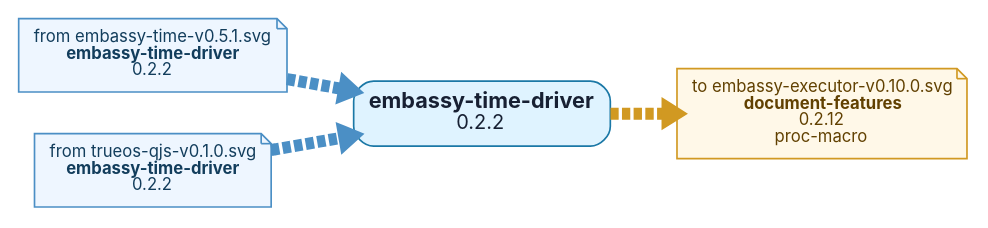
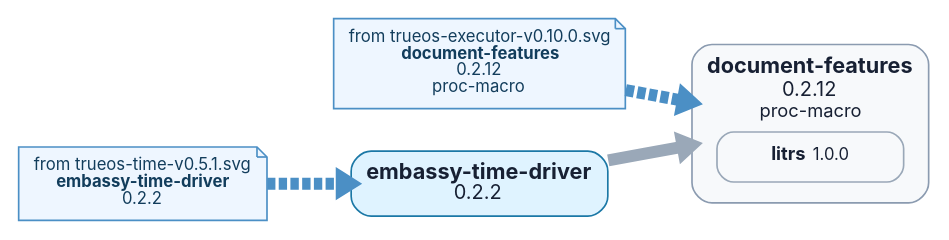
One commit to t4ce/TRUEOS changed the diagram in tools/docs/depgraph/by-root/embassy-time-driver-v0.2.2.dot. Above: the diagram before and after it, drawn with Graphviz. The commit also changed 214 other files, not shown here.

```diff
--- a/tools/docs/depgraph/by-root/embassy-time-driver-v0.2.2.dot
+++ b/tools/docs/depgraph/by-root/embassy-time-driver-v0.2.2.dot
@@ -1,15 +1,17 @@
 digraph "embassy-time-driver-v0.2.2" {
   graph [rankdir=LR, bgcolor="white", overlap=false, splines=true, nodesep=0.35, ranksep=0.55];
   node [shape=box, style="rounded,filled", fontname="Inter,Arial", fontsize=10, margin="0.13,0.10", color="#8b9bb0", fillcolor="#f7f9fb", fontcolor="#172033"];
   edge [color="#9aa8b8", arrowsize=0.55, penwidth=7.2];
   n0 [label=<<FONT POINT-SIZE="13"><B>embassy-time-driver</B></FONT><BR/><FONT POINT-SIZE="12">0.2.2</FONT>>, fillcolor="#dff3ff", color="#1b78a6"];
-  out0 [label=<to embassy-executor-v0.10.0.svg<BR/><B>document-features</B><BR/>0.2.12<BR/>proc-macro>, shape=note, style="filled", fillcolor="#fff8e8", color="#d19922", fontcolor="#614000"];
-  n0 -> out0 [style=dashed, color="#d19922"];
-  in1 [label=<from embassy-time-v0.5.1.svg<BR/><B>embassy-time-driver</B><BR/>0.2.2>, shape=note, style="filled", fillcolor="#eef6ff", color="#4b8fc5", fontcolor="#123d5c"];
+  n1 [label=<<TABLE BORDER="0" CELLBORDER="0" CELLSPACING="0" CELLPADDING="0"><TR><TD><FONT POINT-SIZE="13"><B>document-features</B></FONT></TD></TR>
+<TR><TD><FONT POINT-SIZE="12">0.2.12</FONT></TD></TR>
+<TR><TD><FONT POINT-SIZE="11">proc-macro</FONT></TD></TR><TR><TD><TABLE BORDER="0" CELLBORDER="0" CELLSPACING="6" CELLPADDING="0"><TR><TD><TABLE BORDER="1" CELLBORDER="0" CELLSPACING="0" CELLPADDING="8" COLOR="#9aa8b8" STYLE="ROUNDED"><TR><TD><FONT POINT-SIZE="11"><B>litrs</B></FONT> <FONT POINT-SIZE="10">1.0.0</FONT></TD></TR></TABLE></TD></TR></TABLE></TD></TR></TABLE>>, fillcolor="#f7f9fb", color="#8b9bb0"];
+  n0 -> n1;
+  in0 [label=<from trueos-executor-v0.10.0.svg<BR/><B>document-features</B><BR/>0.2.12<BR/>proc-macro>, shape=note, style="filled", fillcolor="#eef6ff", color="#4b8fc5", fontcolor="#123d5c"];
+  in0 -> n1 [style=dashed, color="#4b8fc5"];
+  in1 [label=<from trueos-time-v0.5.1.svg<BR/><B>embassy-time-driver</B><BR/>0.2.2>, shape=note, style="filled", fillcolor="#eef6ff", color="#4b8fc5", fontcolor="#123d5c"];
   in1 -> n0 [style=dashed, color="#4b8fc5"];
-  in2 [label=<from trueos-qjs-v0.1.0.svg<BR/><B>embassy-time-driver</B><BR/>0.2.2>, shape=note, style="filled", fillcolor="#eef6ff", color="#4b8fc5", fontcolor="#123d5c"];
-  in2 -> n0 [style=dashed, color="#4b8fc5"];
-  // collapsed leaf ends: 0
+  // collapsed leaf ends: 1
   // centered two-input leaves: 0
   // nested two-input leaves: 0
 }
```
